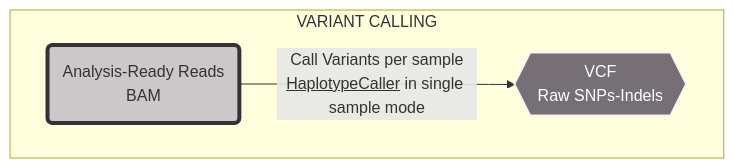
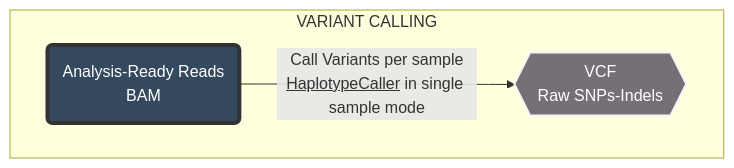
Before and after one commit to ducminhnguyenle/NGS3_Variant_Discovery: the first of 3 diagrams in variant_calling_filtering/variant_calling_filtering.md, drawn with Mermaid. The commit also changed other lines of this file and 1 other file, not shown here.

Commit message:
Minor change

````diff
--- a/variant_calling_filtering/variant_calling_filtering.md
+++ b/variant_calling_filtering/variant_calling_filtering.md
@@ -7,8 +7,8 @@
 ```mermaid
 flowchart TD
     subgraph VARIANT CALLING
     A("Analysis-Ready Reads<br>BAM") -- "Call Variants per sample<br><u>HaplotypeCaller</u> in single sample mode" --> B{{"VCF<br>Raw SNPs-Indels"}}
-    style A fill:#CCC7C9,stroke:#333,stroke-width:4px
+    style A fill:#34495e,stroke:#333,stroke-width:4px,color:#fff
     style B fill:#767076,stroke:#F9F2F4,stroke-width:2px,color:#fff
     end
 ```
````
